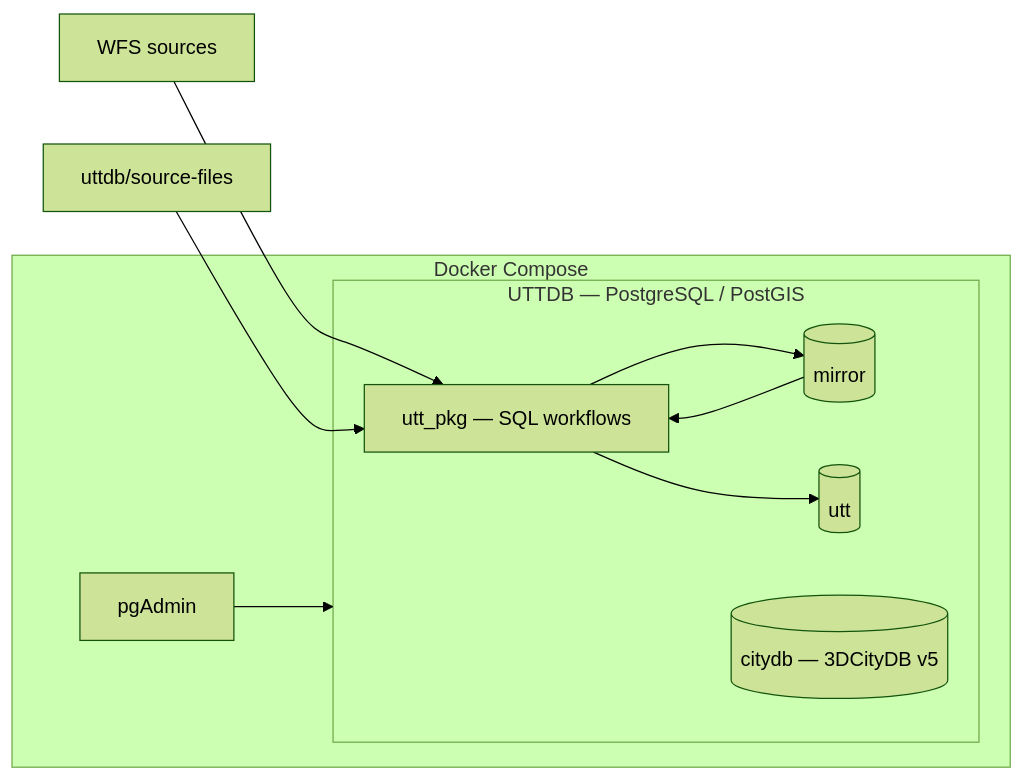
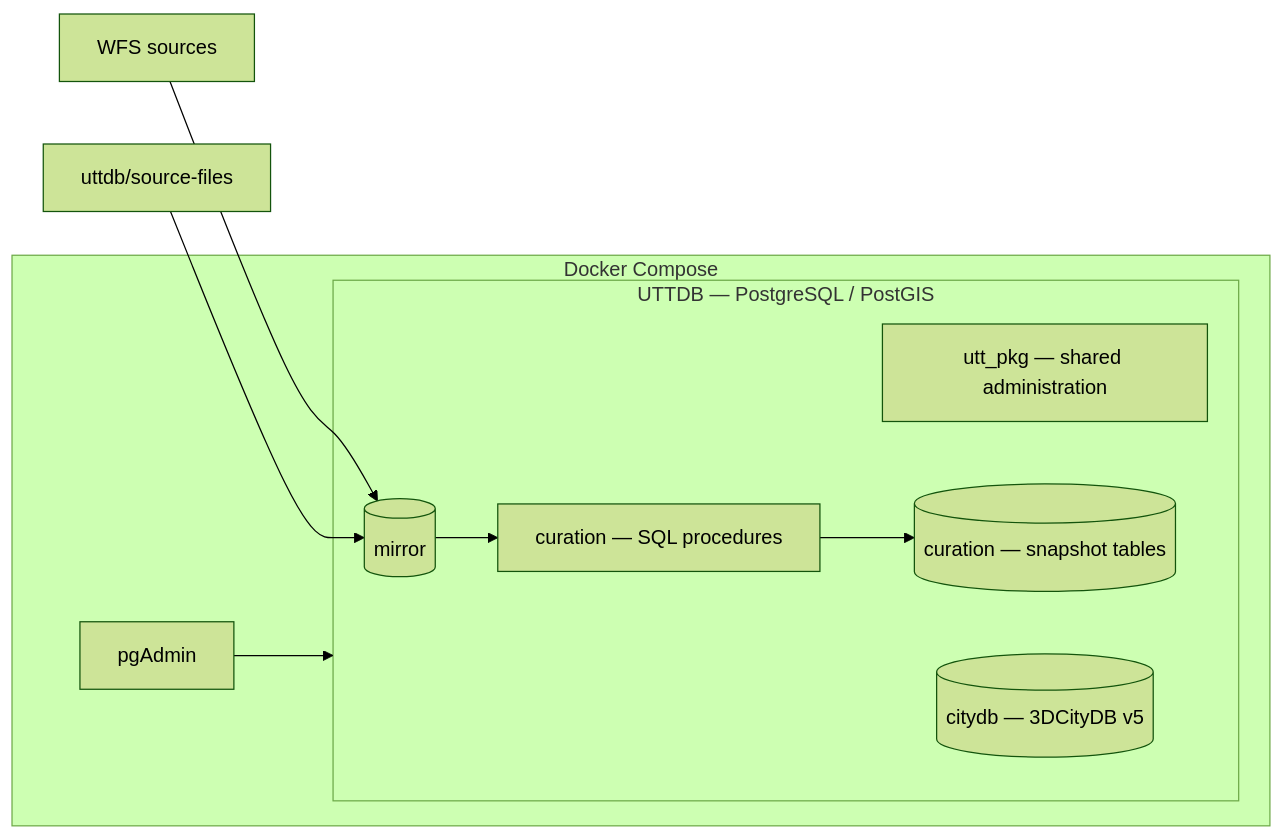
One commit to UdK-VPT/UrbanTwin-Toolbox changed the diagram in docs/architecture.md. Above: the diagram before and after it, drawn with Mermaid (forest theme). The commit also changed other lines of this file and 21 other files, not shown here.

````diff
--- a/docs/architecture.md
+++ b/docs/architecture.md
@@ -7,19 +7,18 @@
 ```mermaid
 flowchart LR
-  wfs[WFS sources] --> pkg
-  files["uttdb/source-files"] --> pkg
+  wfs[WFS sources] --> mirror
+  files["uttdb/source-files"] --> mirror
 
   subgraph stack[Docker Compose]
     pgadmin[pgAdmin]
     subgraph db[UTTDB — PostgreSQL / PostGIS]
-      pkg["utt_pkg — SQL workflows"]
+      admin["utt_pkg — shared administration"]
       mirror[(mirror)]
-      utt[(utt)]
+      curation[(curation — snapshot tables)]
       citydb[(citydb — 3DCityDB v5)]
-      pkg --> mirror
-      mirror --> pkg
-      pkg --> utt
+      mirror --> recipe["curation — SQL procedures"]
+      recipe --> curation
     end
     pgadmin --> db
   end
 ```
````
